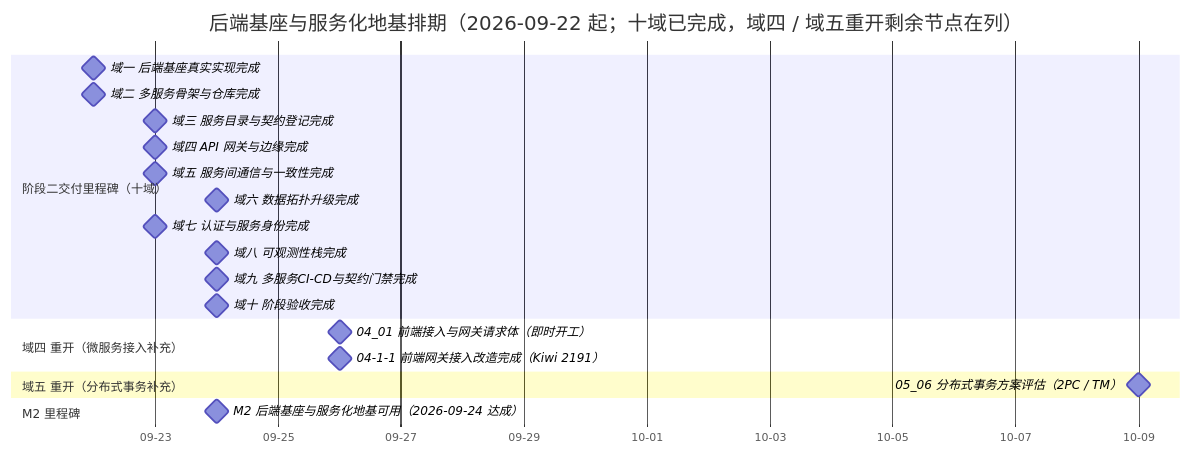
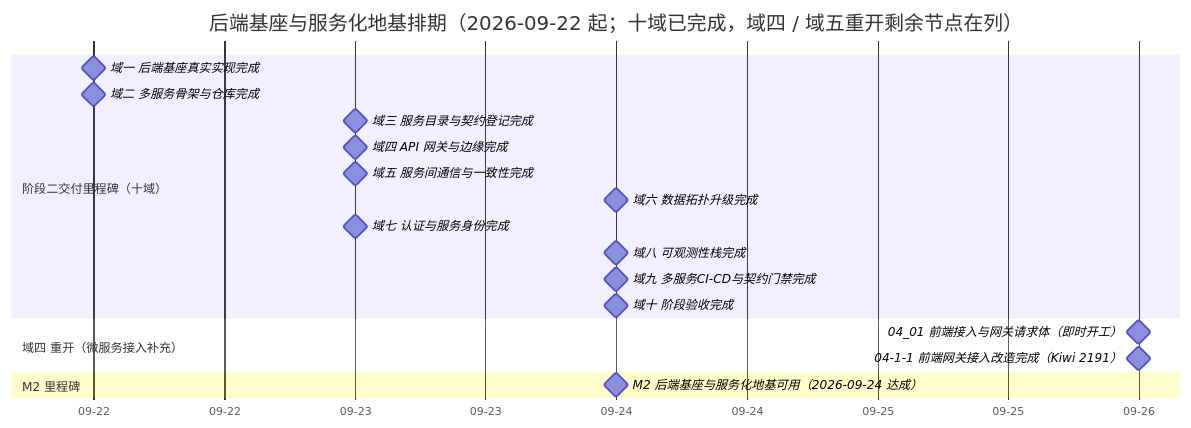
One commit to minjian123/basic-management-system changed the diagram in bms文档/项目/02_后端基座与服务化地基/计划/01_计划_后端基座与服务化地基.md. Above: the diagram before and after it, drawn with Mermaid. The commit also changed other lines of this file and 16 other files, not shown here.

````diff
--- a/bms文档/项目/02_后端基座与服务化地基/计划/01_计划_后端基座与服务化地基.md
+++ b/bms文档/项目/02_后端基座与服务化地基/计划/01_计划_后端基座与服务化地基.md
@@ -63,24 +63,22 @@
 ```mermaid
 gantt
     title 后端基座与服务化地基排期（2026-09-22 起；十域已完成，域四 / 域五重开剩余节点在列）
     dateFormat  YYYY-MM-DD
     axisFormat %m-%d
     section 阶段二交付里程碑（十域）
     域一 后端基座真实实现完成 :milestone, m01, 2026-09-22, 0d
     域二 多服务骨架与仓库完成 :milestone, m02, 2026-09-22, 0d
     域三 服务目录与契约登记完成 :milestone, m03, 2026-09-23, 0d
     域四 API 网关与边缘完成 :milestone, m04, 2026-09-23, 0d
     域五 服务间通信与一致性完成 :milestone, m05, 2026-09-23, 0d
     域六 数据拓扑升级完成 :milestone, m06, 2026-09-24, 0d
     域七 认证与服务身份完成 :milestone, m07, 2026-09-23, 0d
     域八 可观测性栈完成 :milestone, m08, 2026-09-24, 0d
     域九 多服务CI-CD与契约门禁完成 :milestone, m09, 2026-09-24, 0d
     域十 阶段验收完成 :milestone, m10, 2026-09-24, 0d
     section 域四 重开（微服务接入补充）
     04_01 前端接入与网关请求体（即时开工） :milestone, m0401x, 2026-09-26, 0d
     04-1-1 前端网关接入改造完成（Kiwi 2191） :milestone, m0401a, 2026-09-26, 0d
-    section 域五 重开（分布式事务补充）
-    05_06 分布式事务方案评估（2PC / TM） :milestone, m0506, 2026-10-09, 0d
     section M2 里程碑
     M2 后端基座与服务化地基可用（2026-09-24 达成） :milestone, mm2, 2026-09-24, 0d
 ```
````
